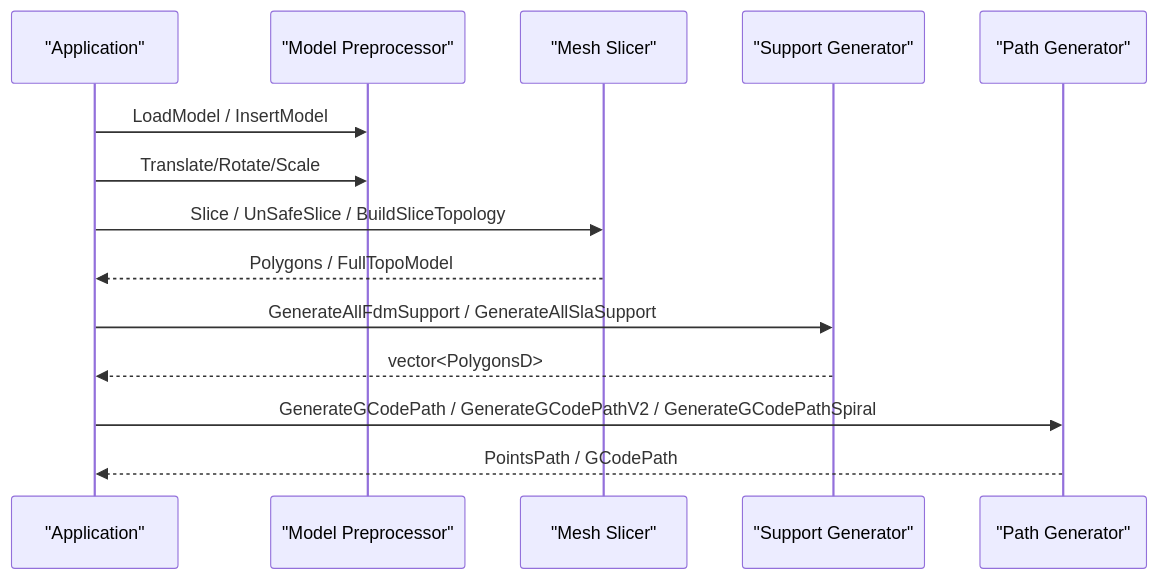
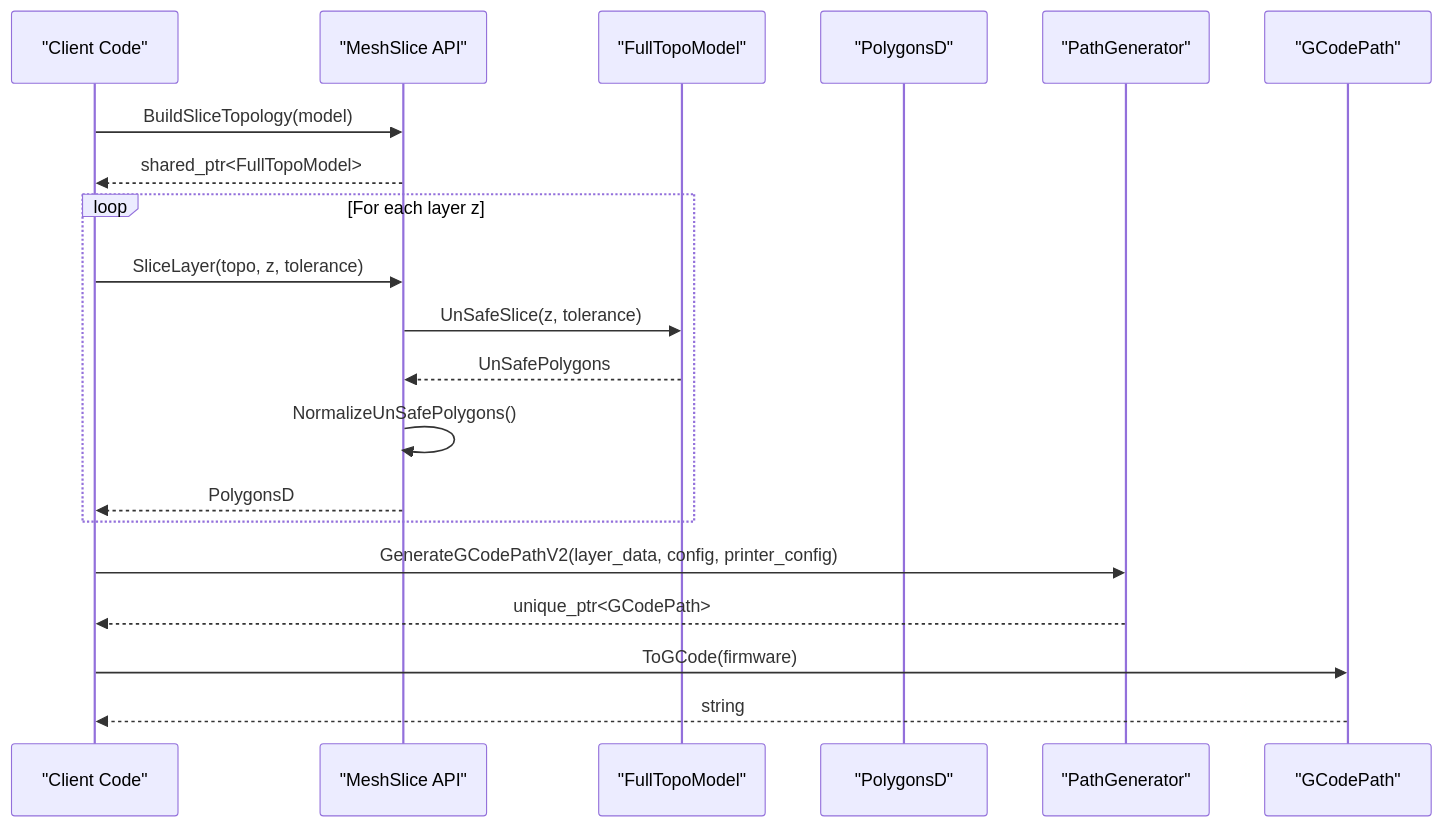
Before and after one commit to hsmbanlance/HsBaSlicer: the second of 8 diagrams in .qoder/repowiki/en/content/API Reference/C++ Library API/C++ Library API.md, drawn with Mermaid. The commit also changed other lines of this file and 1135 other files, not shown here.

````diff
--- a/.qoder/repowiki/en/content/API Reference/C++ Library API/C++ Library API.md
+++ b/.qoder/repowiki/en/content/API Reference/C++ Library API/C++ Library API.md
@@ -103,16 +126,22 @@
 ```mermaid
 sequenceDiagram
-participant App as "Application"
-participant PP as "Model Preprocessor"
-participant SL as "Mesh Slicer"
-participant SP as "Support Generator"
-participant PG as "Path Generator"
-App->>PP : LoadModel / InsertModel
-App->>PP : Translate/Rotate/Scale
-App->>SL : Slice / UnSafeSlice / BuildSliceTopology
-SL-->>App : Polygons / FullTopoModel
-App->>SP : GenerateAllFdmSupport / GenerateAllSlaSupport
-SP-->>App : vector<PolygonsD>
-App->>PG : GenerateGCodePath / GenerateGCodePathV2 / GenerateGCodePathSpiral
-PG-->>App : PointsPath / GCodePath
+participant Client as "Client Code"
+participant Slice as "MeshSlice API"
+participant Topo as "FullTopoModel"
+participant Poly as "PolygonsD"
+participant Path as "PathGenerator"
+participant GCode as "GCodePath"
+Client->>Slice : BuildSliceTopology(model)
+Slice-->>Client : shared_ptr<FullTopoModel>
+loop For each layer z
+Client->>Slice : SliceLayer(topo, z, tolerance)
+Slice->>Topo : UnSafeSlice(z, tolerance)
+Topo-->>Slice : UnSafePolygons
+Slice->>Slice : NormalizeUnSafePolygons()
+Slice-->>Client : PolygonsD
+end
+Client->>Path : GenerateGCodePathV2(layer_data, config, printer_config)
+Path-->>Client : unique_ptr<GCodePath>
+Client->>GCode : ToGCode(firmware)
+GCode-->>Client : string
 ```
````
